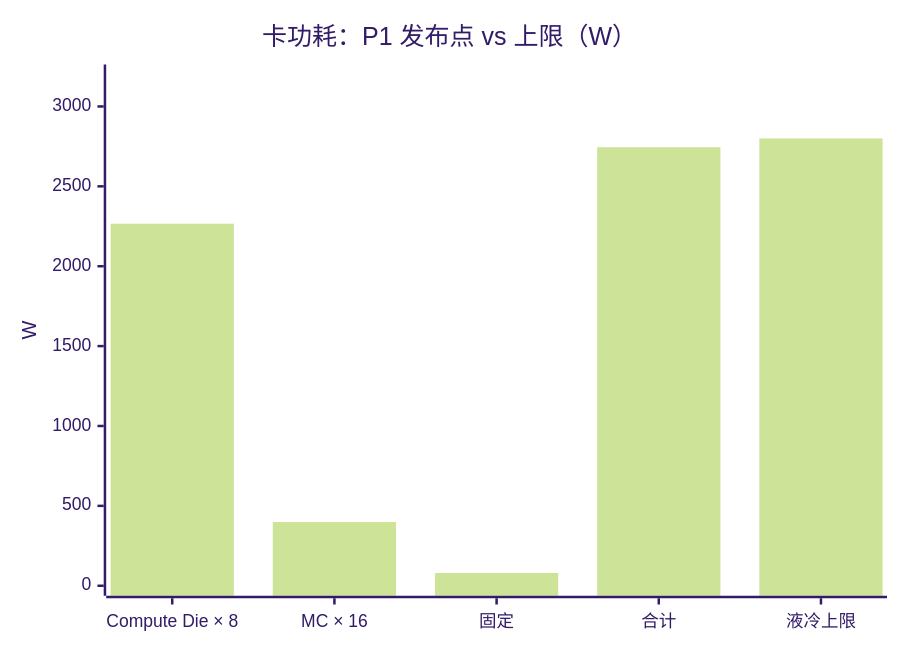
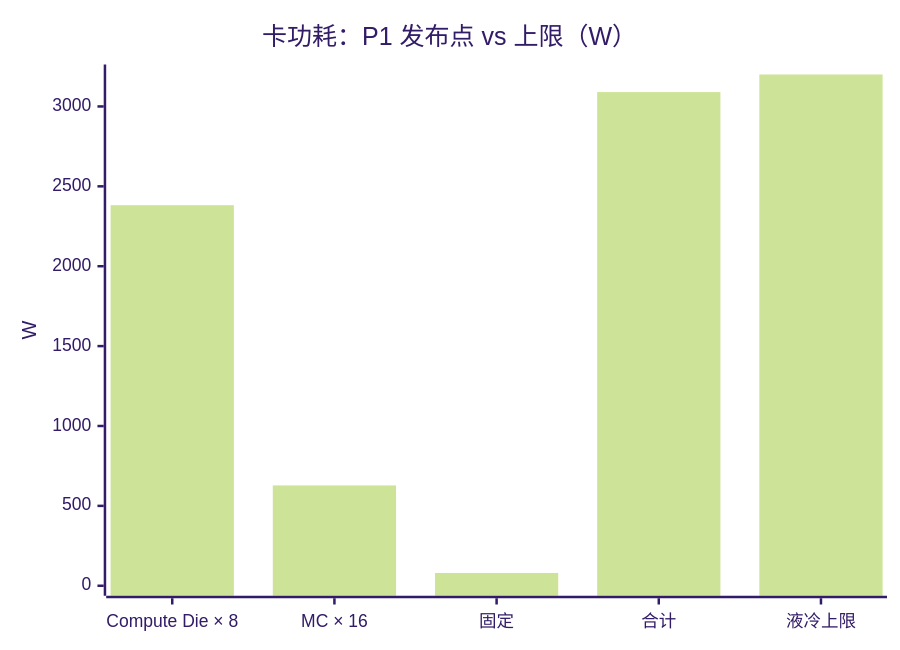
The fourth of 7 diagrams in teams/hardware/docs/09_PACKAGE_POWER_RAS.md (xqdan/xihu), drawn with Mermaid (forest theme) before and after one commit. The commit also changed other lines of this file and 70 other files, not shown here.

````diff
--- a/teams/hardware/docs/09_PACKAGE_POWER_RAS.md
+++ b/teams/hardware/docs/09_PACKAGE_POWER_RAS.md
@@ -212,7 +212,7 @@
 ```mermaid
 xychart-beta
   title "卡功耗：P1 发布点 vs 上限（W）"
   x-axis ["Compute Die × 8", "MC × 16", "固定", "合计", "液冷上限"]
   y-axis "W" 0 --> 3200
-  bar [2266.16, 398.72, 80, 2744.88, 2800]
+  bar [2381.96, 628.10, 80, 3090.06, 3200]
 ```
````
